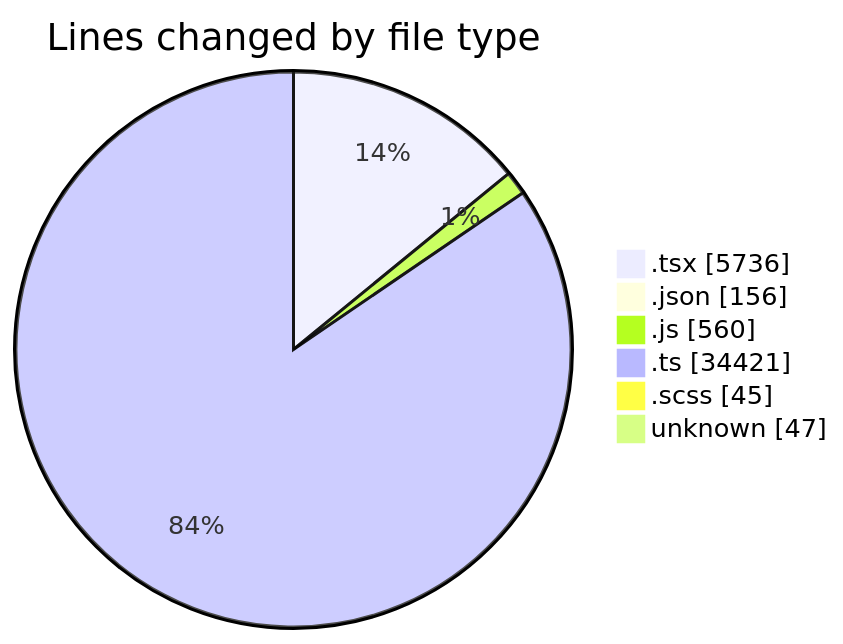
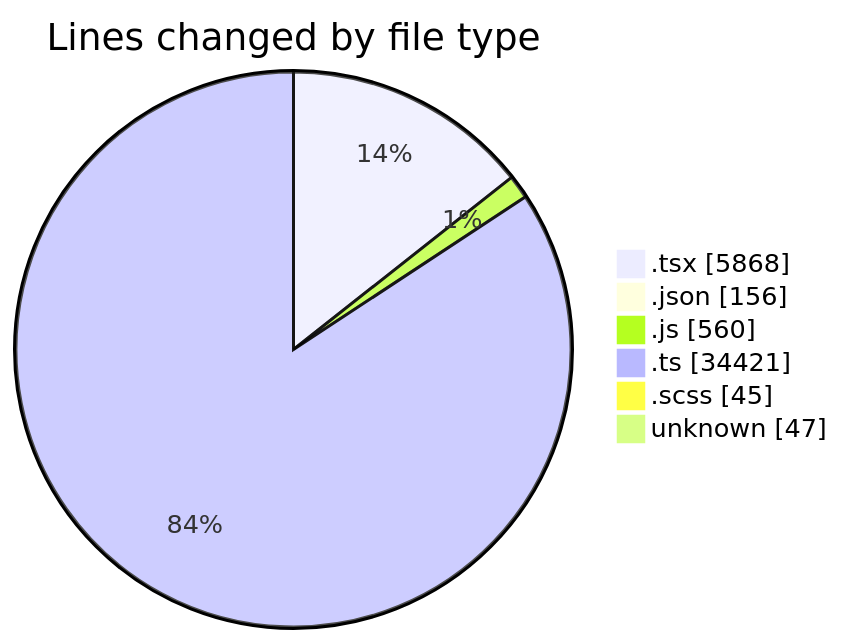
Before and after one commit to momahboobian/code-tracking: the first of 2 diagrams in 2025-11-10/cda/README.md, drawn with Mermaid. The commit also changed other lines of this file and 1 other file, not shown here.

````diff
--- a/2025-11-10/cda/README.md
+++ b/2025-11-10/cda/README.md
@@ -47,10 +48,10 @@
 ```mermaid
 pie showData
 title Lines changed by file type
-".tsx" : 5736
+".tsx" : 5868
 ".json" : 156
 ".js" : 560
 ".ts" : 34421
 ".scss" : 45
 "unknown" : 47
 ```
````
